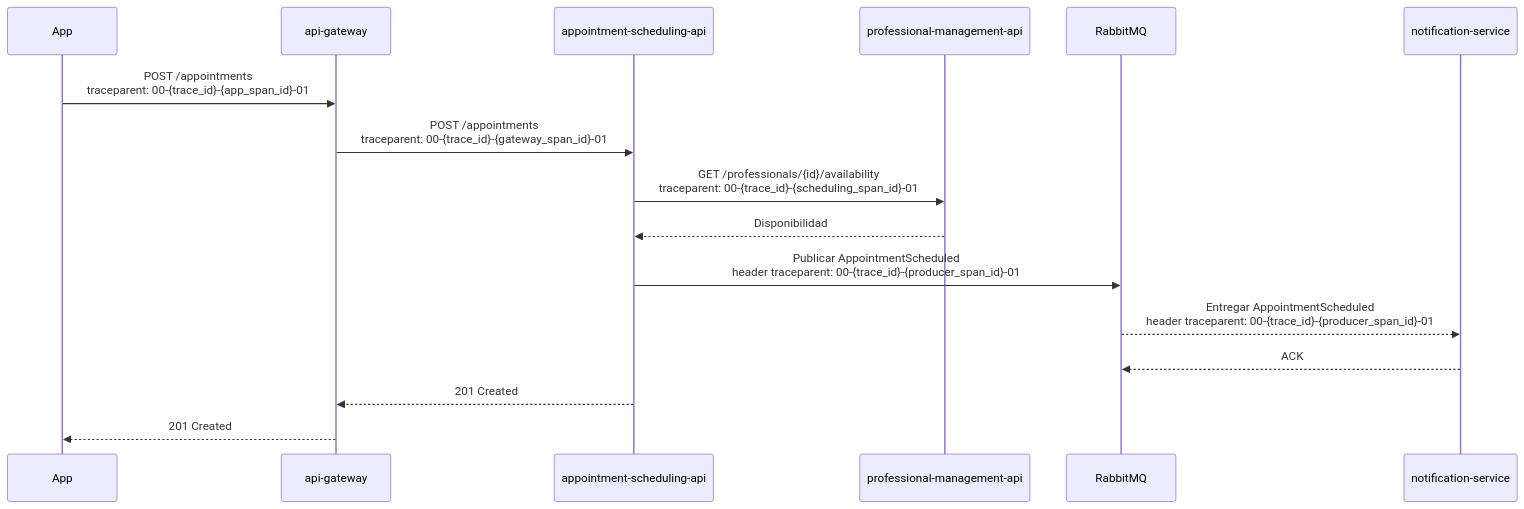
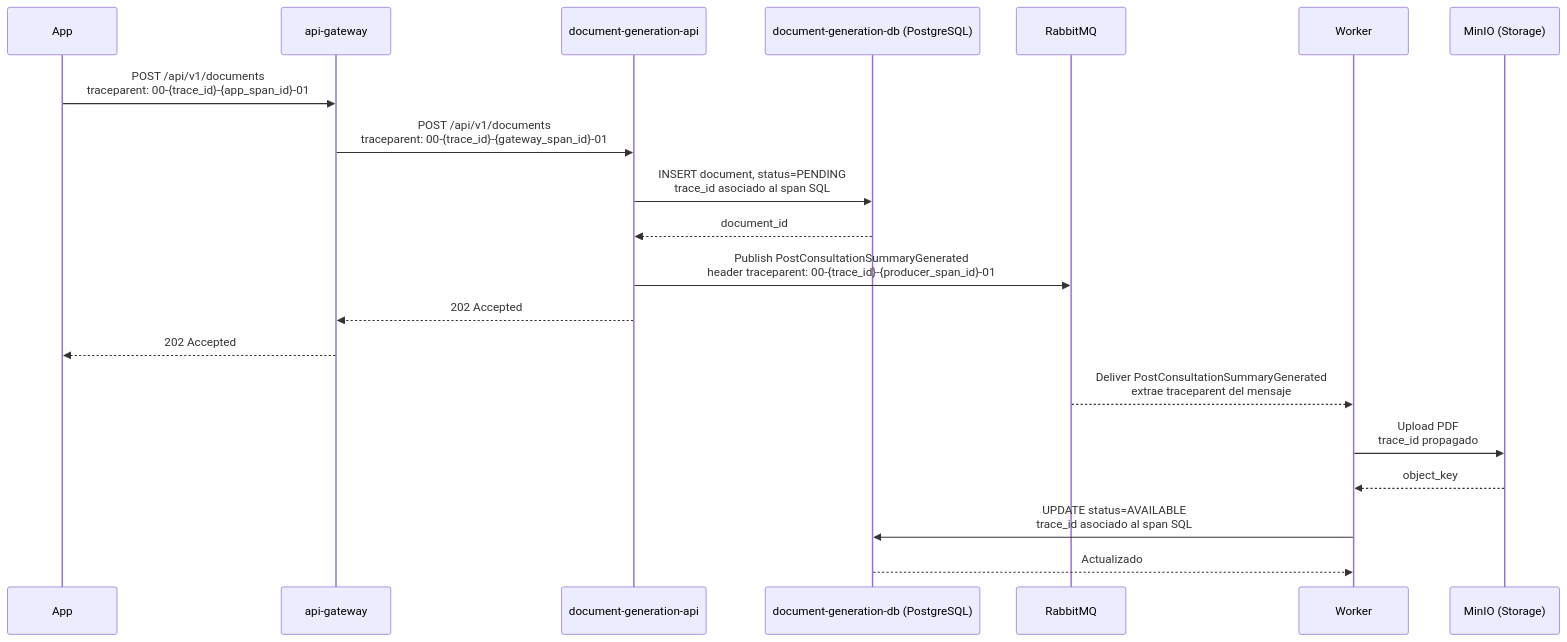
Before and after one commit to Sofialjure/sistemas-distribuidos-2026-b-g2: the diagram in 11-week/workshop/01-journey.md, drawn with Mermaid. The commit also changed other lines of this file, not shown here.

Commit message:
docs(w11): map critical journey and trace propagation

````diff
--- a/11-week/workshop/01-journey.md
+++ b/11-week/workshop/01-journey.md
@@ -15,19 +18,23 @@
 ```mermaid
 sequenceDiagram
     participant App
-    participant Gateway as api-gateway
-    participant Scheduling as appointment-scheduling-api
-    participant Professional as professional-management-api
-    participant RabbitMQ
-    participant Notification as notification-service
+    participant GW as api-gateway
+    participant DocAPI as document-generation-api
+    participant DocDB as document-generation-db (PostgreSQL)
+    participant MQ as RabbitMQ
+    participant Worker
+    participant MinIO as MinIO (Storage)
 
-    App->>Gateway: POST /appointments<br/>traceparent: 00-{trace_id}-{app_span_id}-01
-    Gateway->>Scheduling: POST /appointments<br/>traceparent: 00-{trace_id}-{gateway_span_id}-01
-    Scheduling->>Professional: GET /professionals/{id}/availability<br/>traceparent: 00-{trace_id}-{scheduling_span_id}-01
-    Professional-->>Scheduling: Disponibilidad
-    Scheduling->>RabbitMQ: Publicar AppointmentScheduled<br/>header traceparent: 00-{trace_id}-{producer_span_id}-01
-    RabbitMQ-->>Notification: Entregar AppointmentScheduled<br/>header traceparent: 00-{trace_id}-{producer_span_id}-01
-    Notification-->>RabbitMQ: ACK
-    Scheduling-->>Gateway: 201 Created
-    Gateway-->>App: 201 Created
+    App->>GW: POST /api/v1/documents<br/>traceparent: 00-{trace_id}-{app_span_id}-01
+    GW->>DocAPI: POST /api/v1/documents<br/>traceparent: 00-{trace_id}-{gateway_span_id}-01
+    DocAPI->>DocDB: INSERT document, status=PENDING<br/>trace_id asociado al span SQL
+    DocDB-->>DocAPI: document_id
+    DocAPI->>MQ: Publish PostConsultationSummaryGenerated<br/>header traceparent: 00-{trace_id}-{producer_span_id}-01
+    DocAPI-->>GW: 202 Accepted
+    GW-->>App: 202 Accepted
+    MQ-->>Worker: Deliver PostConsultationSummaryGenerated<br/>extrae traceparent del mensaje
+    Worker->>MinIO: Upload PDF<br/>trace_id propagado
+    MinIO-->>Worker: object_key
+    Worker->>DocDB: UPDATE status=AVAILABLE<br/>trace_id asociado al span SQL
+    DocDB-->>Worker: Actualizado
 ```
````
